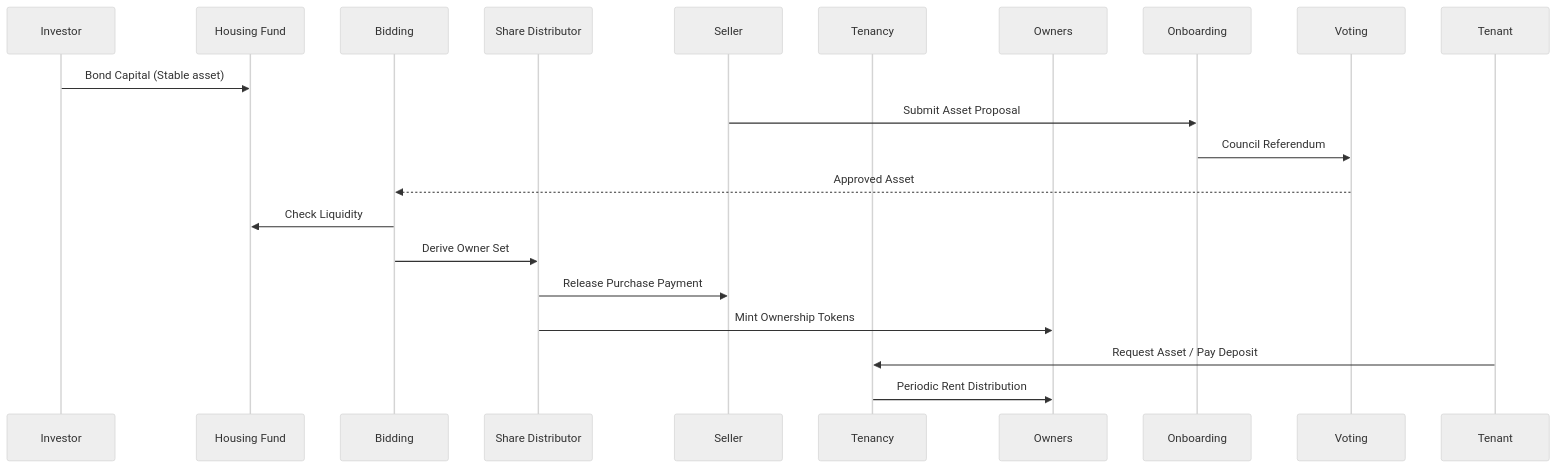
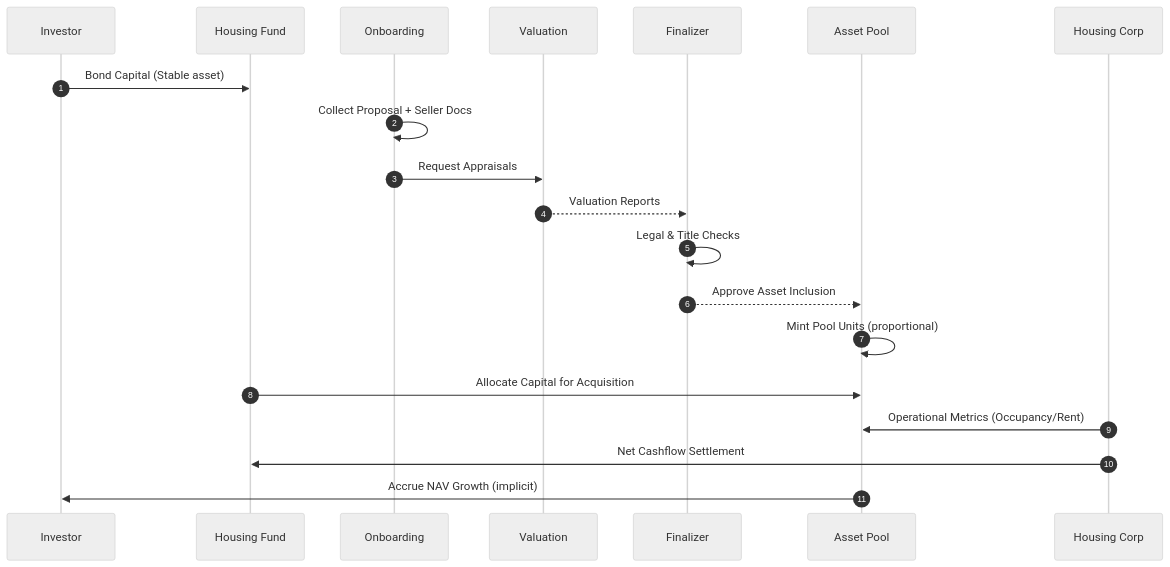
Before and after one commit to Fair-Squares/fs-docs: the second of 2 diagrams in docs/technology/architecture.md, drawn with Mermaid (neutral theme). The commit also changed other lines of this file and 8 other files, not shown here.

````diff
--- a/docs/technology/architecture.md
+++ b/docs/technology/architecture.md
@@ -79,21 +79,23 @@
 ```mermaid
 sequenceDiagram
+  autonumber
   participant Inv as Investor
   participant FUND as Housing Fund
-  participant BID as Bidding
-  participant SHARE as Share Distributor
-  participant SELL as Seller
-  participant TEN as Tenancy
-  participant OWN as Owners
+  participant ONB as Onboarding
+  participant VAL as Valuation
+  participant FIN as Finalizer
+  participant POOL as Asset Pool
+  participant CORP as Housing Corp
 
   Inv->>FUND: Bond Capital (Stable asset)
-  SELL->>Onboarding: Submit Asset Proposal
-  Onboarding->>Voting: Council Referendum
-  Voting-->>BID: Approved Asset
-  BID->>FUND: Check Liquidity
-  BID->>SHARE: Derive Owner Set
-  SHARE->>SELL: Release Purchase Payment
-  SHARE->>OWN: Mint Ownership Tokens
-  Tenant->>TEN: Request Asset / Pay Deposit
-  TEN->>OWN: Periodic Rent Distribution
+  ONB->>ONB: Collect Proposal + Seller Docs
+  ONB->>VAL: Request Appraisals
+  VAL-->>FIN: Valuation Reports
+  FIN->>FIN: Legal & Title Checks
+  FIN-->>POOL: Approve Asset Inclusion
+  POOL->>POOL: Mint Pool Units (proportional)
+  FUND->>POOL: Allocate Capital for Acquisition
+  CORP->>POOL: Operational Metrics (Occupancy/Rent)
+  CORP->>FUND: Net Cashflow Settlement
+  POOL->>Inv: Accrue NAV Growth (implicit)
 ```
````
